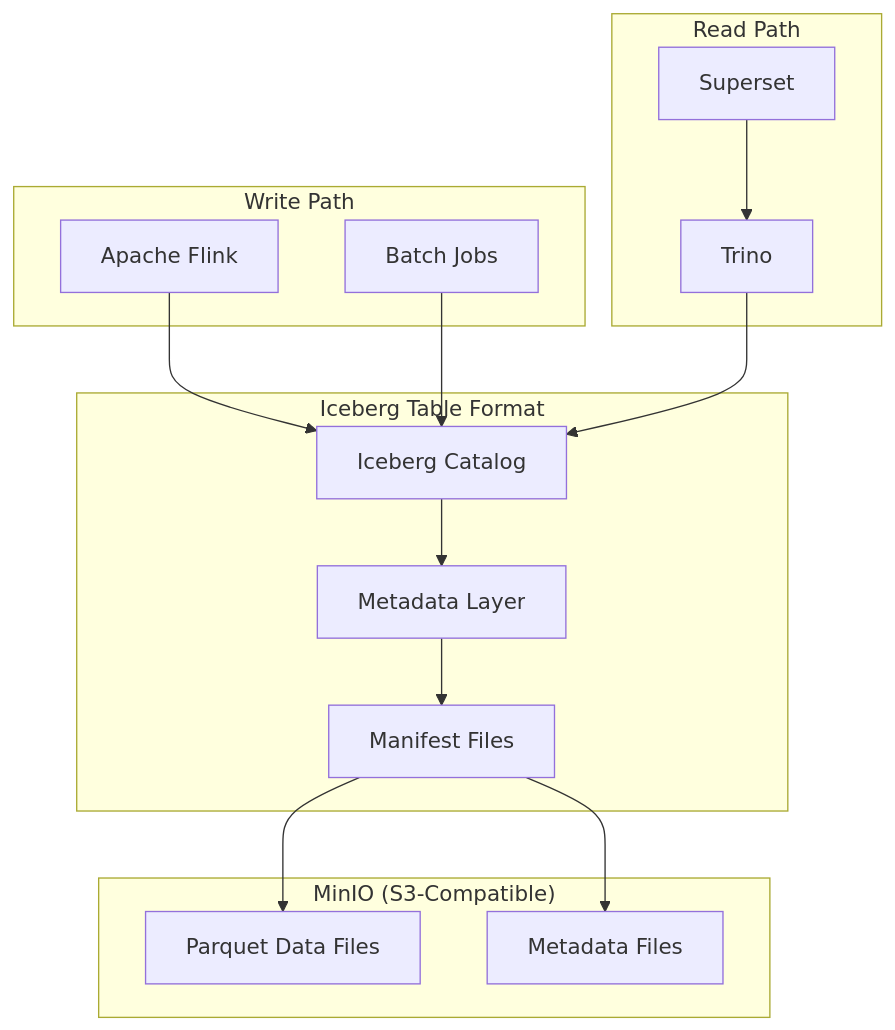
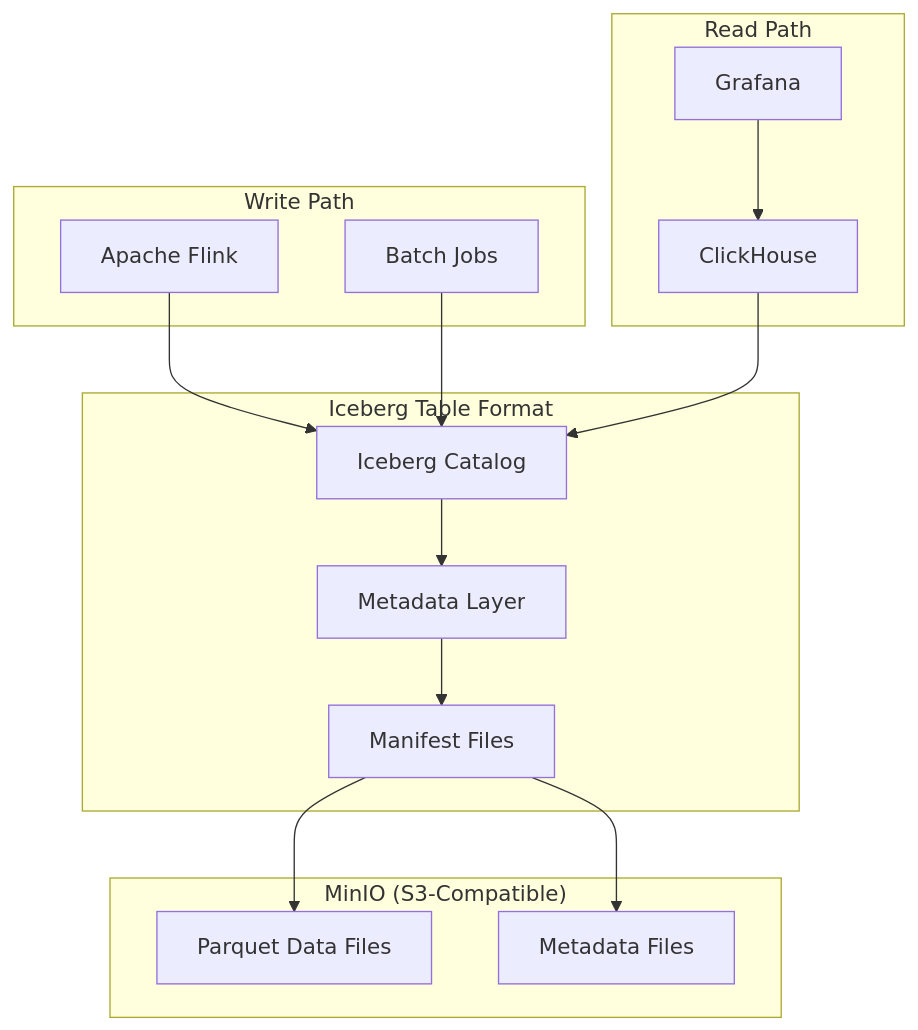
One commit to openova-io/openova changed the diagram in platform/iceberg/README.md. Above: the diagram before and after it, drawn with Mermaid. The commit also changed other lines of this file and 50 other files, not shown here.

````diff
--- a/platform/iceberg/README.md
+++ b/platform/iceberg/README.md
@@ -21,32 +21,32 @@
 ```mermaid
 flowchart TB
     subgraph Writers["Write Path"]
         Flink[Apache Flink]
         Batch[Batch Jobs]
     end
 
     subgraph Iceberg["Iceberg Table Format"]
         Catalog[Iceberg Catalog]
         Metadata[Metadata Layer]
         Manifests[Manifest Files]
     end
 
     subgraph Storage["MinIO (S3-Compatible)"]
         Parquet[Parquet Data Files]
         Meta[Metadata Files]
     end
 
     subgraph Readers["Read Path"]
-        Trino[Trino]
-        Superset[Superset]
+        CH[ClickHouse]
+        Grafana[Grafana]
     end
 
     Flink --> Catalog
     Batch --> Catalog
     Catalog --> Metadata
     Metadata --> Manifests
     Manifests --> Parquet
     Manifests --> Meta
-    Trino --> Catalog
-    Superset --> Trino
+    CH --> Catalog
+    Grafana --> CH
 ```
````
